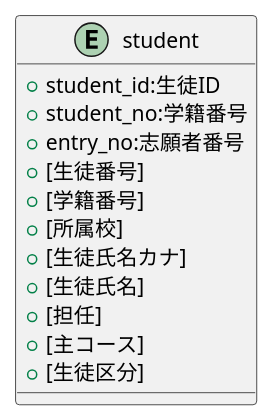
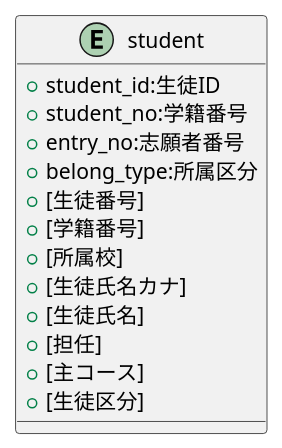
The diagram in Entity/student.pu (popoposorara/ERP_ER), drawn with PlantUML before and after one commit. The commit also changed 6 other files, not shown here.

```diff
--- a/Entity/student.pu
+++ b/Entity/student.pu
@@ -1,17 +1,18 @@
 @startuml
 
 entity "student"{
     + student_id:生徒ID
     + student_no:学籍番号
     + entry_no:志願者番号
+    + belong_type:所属区分
     + [生徒番号]
     + [学籍番号]
     + [所属校]
     + [生徒氏名カナ]
     + [生徒氏名]
     + [担任]
     + [主コース]
     + [生徒区分] 
 }
 
 @enduml
```
